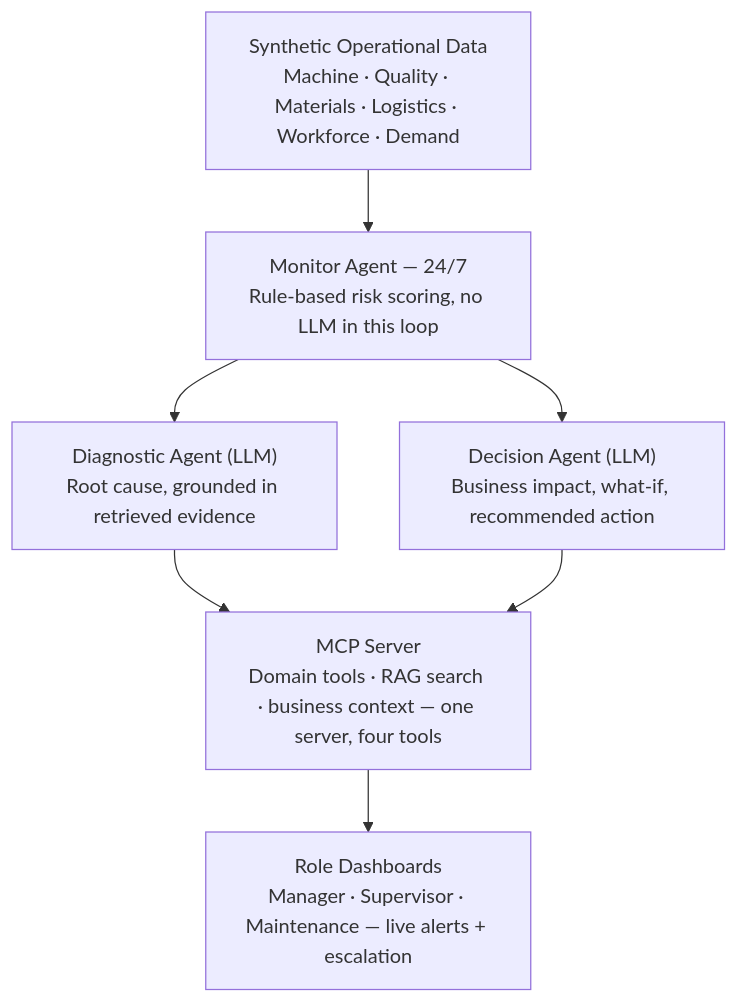
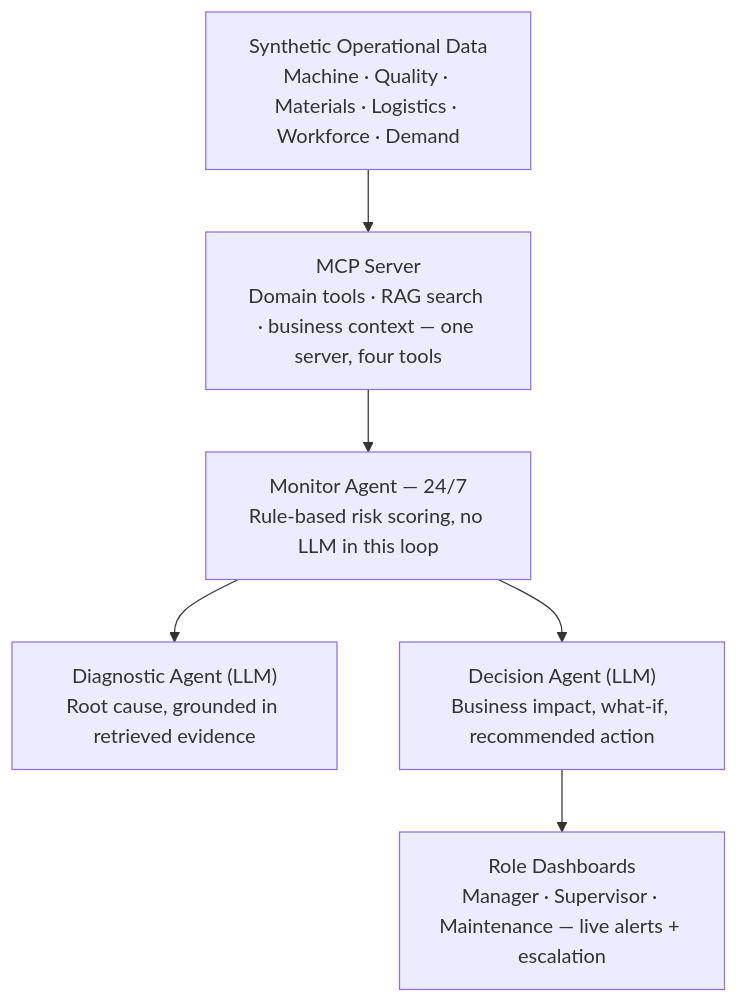
One commit to Sreesatvik/Relix changed the diagram in README.md. Above: the diagram before and after it, drawn with Mermaid.

Commit message:
Update flow connections in README diagram

````diff
--- a/README.md
+++ b/README.md
@@ -57,16 +57,15 @@
 ```mermaid
 flowchart TB
     A["Synthetic Operational Data\nMachine · Quality · Materials · Logistics · Workforce · Demand"]
     B["Monitor Agent — 24/7\nRule-based risk scoring, no LLM in this loop"]
     C["Diagnostic Agent (LLM)\nRoot cause, grounded in retrieved evidence"]
     D["Decision Agent (LLM)\nBusiness impact, what-if, recommended action"]
     E["MCP Server\nDomain tools · RAG search · business context — one server, four tools"]
     F["Role Dashboards\nManager · Supervisor · Maintenance — live alerts + escalation"]
 
-    A --> B
+    A --> E
+    E --> B
     B --> C
     B --> D
-    C --> E
-    D --> E
-    E --> F
+    D --> F
 ```
````
